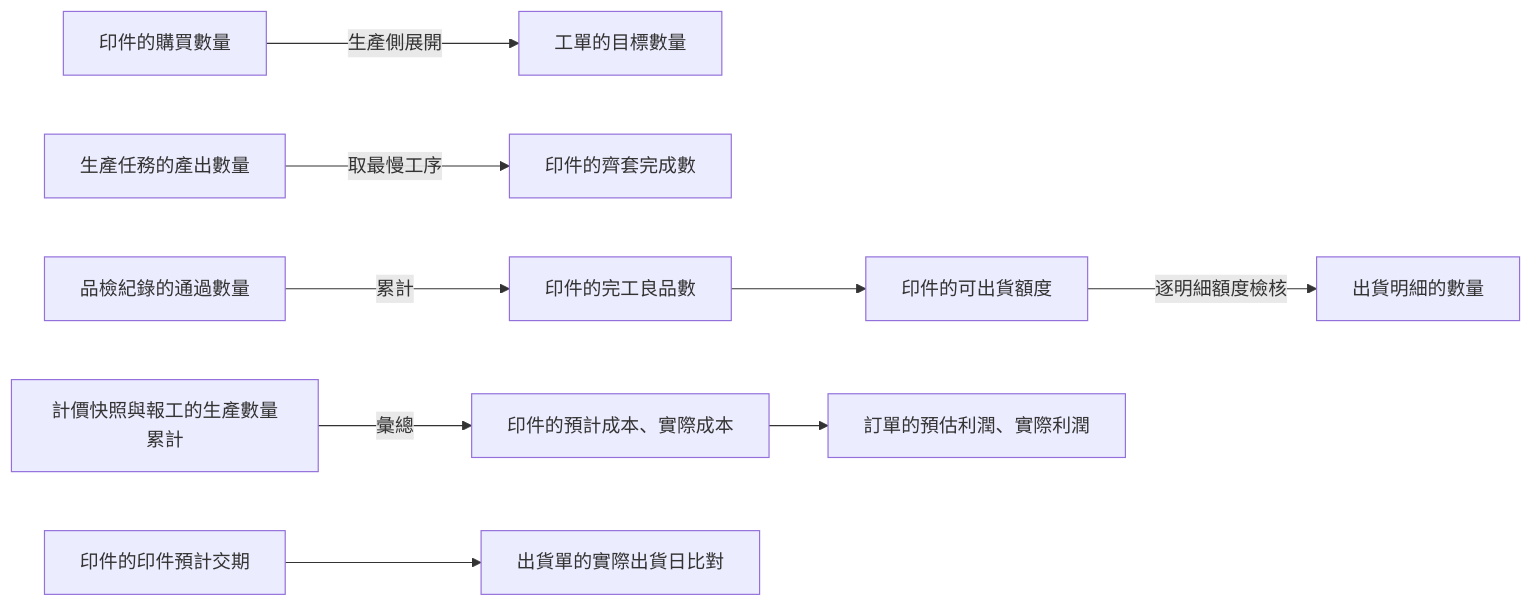
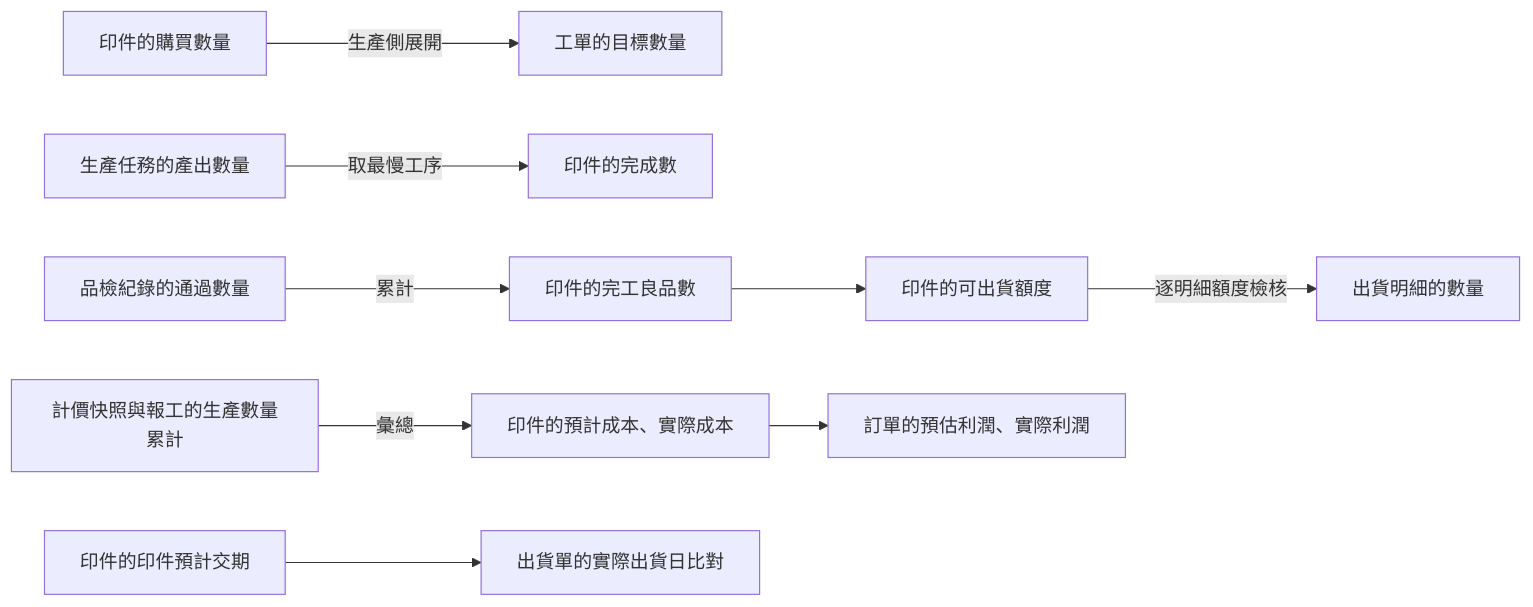
The ninth of 9 diagrams in memory/Sens_wiki/wiki/erp/05-entities/ERP 資料結構總覽.md (Kawato-Miles/erp-spec), drawn with Mermaid before and after one commit. The commit also changed 45 other files, not shown here.

````diff
--- a/memory/Sens_wiki/wiki/erp/05-entities/ERP 資料結構總覽.md
+++ b/memory/Sens_wiki/wiki/erp/05-entities/ERP 資料結構總覽.md
@@ -282,11 +282,11 @@
 ```mermaid
 flowchart LR
     Q1["印件的購買數量"] -->|"生產側展開"| Q2["工單的目標數量"]
-    Q3["生產任務的產出數量"] -->|"取最慢工序"| Q4["印件的齊套完成數"]
+    Q3["生產任務的產出數量"] -->|"取最慢工序"| Q4["印件的完成數"]
     Q5["品檢紀錄的通過數量"] -->|"累計"| Q6["印件的完工良品數"]
     Q6 --> Q7["印件的可出貨額度"]
     Q7 -->|"逐明細額度檢核"| Q8["出貨明細的數量"]
     K1["計價快照與報工的生產數量累計"] -->|"彙總"| K2["印件的預計成本、實際成本"]
     K2 --> K3["訂單的預估利潤、實際利潤"]
     T1["印件的印件預計交期"] --> T2["出貨單的實際出貨日比對"]
 ```
````
